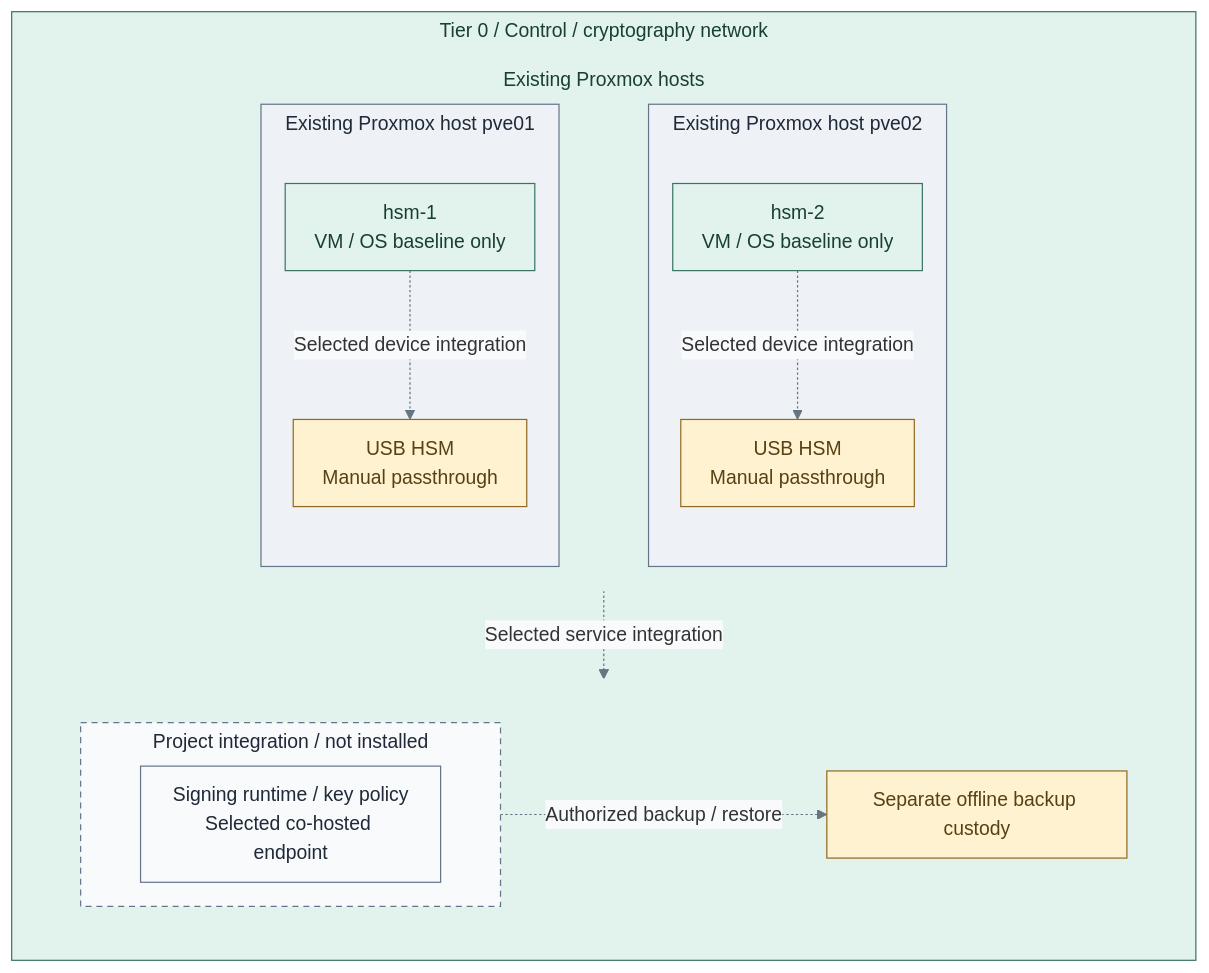
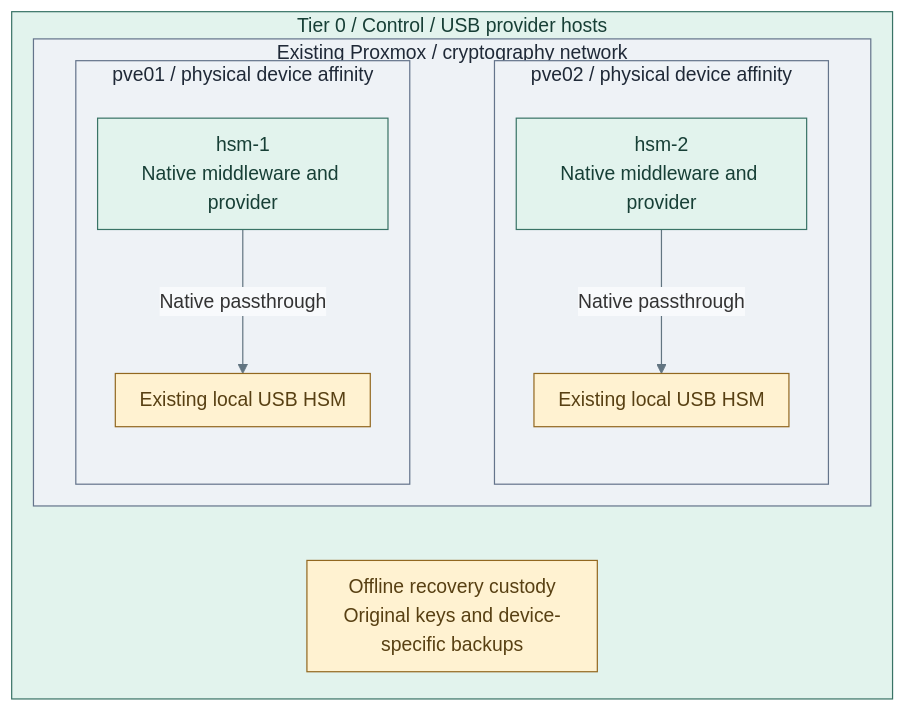
The diagram in docs/03-deployment/stage-3-trust/step-1b-usb-hsm.md (Rexus/homelab), drawn with Mermaid before and after one commit. The commit also changed other lines of this file and 720 other files, not shown here.

````diff
--- a/docs/03-deployment/stage-3-trust/step-1b-usb-hsm.md
+++ b/docs/03-deployment/stage-3-trust/step-1b-usb-hsm.md
@@ -59,44 +24,32 @@
 ```mermaid
-%%{init: {"theme":"base","flowchart":{"nodeSpacing":20,"rankSpacing":24,"padding":12,"subGraphTitleMargin":{"top":4,"bottom":12}},"themeVariables":{"lineColor":"#627581","edgeLabelBackground":"#f8fafc"}}}%%
+%%{init: {"theme":"base","flowchart":{"nodeSpacing":16,"rankSpacing":20,"padding":10},"themeVariables":{"lineColor":"#627581","edgeLabelBackground":"#f8fafc"}}}%%
 flowchart TB
-  subgraph T0["Tier 0 / Control / cryptography network"]
+  subgraph T0["Tier 0 / Control / USB provider hosts"]
     direction TB
-    subgraph Hosts["Existing Proxmox hosts"]
+    subgraph PVE["Existing Proxmox / cryptography network"]
       direction LR
-      subgraph HostA["Existing Proxmox host pve01"]
+      subgraph A["pve01 / physical device affinity"]
         direction TB
-        A["hsm-1<br/>VM / OS baseline only"]
-        USB1["USB HSM<br/>Manual passthrough"]
-        A -. Selected device integration .-> USB1
+        VM1["hsm-1<br/>Native middleware and provider"]
+        Token1["Existing local USB HSM"]
+        VM1 -->|Native passthrough| Token1
       end
-      subgraph HostB["Existing Proxmox host pve02"]
+      subgraph B["pve02 / physical device affinity"]
         direction TB
-        B["hsm-2<br/>VM / OS baseline only"]
-        USB2["USB HSM<br/>Manual passthrough"]
-        B -. Selected device integration .-> USB2
+        VM2["hsm-2<br/>Native middleware and provider"]
+        Token2["Existing local USB HSM"]
+        VM2 -->|Native passthrough| Token2
       end
-      HostA ~~~ HostB
+      A ~~~ B
     end
-    subgraph Added[" "]
-      direction LR
-      subgraph Service["Project integration / not installed"]
-        Endpoint["Signing runtime / key policy<br/>Selected co-hosted endpoint"]
-      end
-      Recovery["Separate offline backup custody"]
-      Service -. Authorized backup / restore .-> Recovery
-    end
-    Hosts -. Selected service integration .-> Added
+    Custody["Offline recovery custody<br/>Original keys and device-specific backups"]
+    PVE ~~~ Custody
   end
   classDef default fill:#f8fafc,stroke:#64748b,color:#1f2937
   classDef control fill:#e2f3ed,stroke:#397366,color:#173f36
-  classDef replicas fill:#f8fafc,stroke:#64748b,color:#1f2937,stroke-dasharray:5 4
-  classDef actor fill:#edf0f3,stroke:#697682,color:#293642
+  classDef boundary fill:#eef2f6,stroke:#64748b,color:#1f2937
   classDef custody fill:#fff2d1,stroke:#926820,color:#584013
-  classDef boundary fill:#eef2f6,stroke:#64748b,color:#1f2937
-  classDef controlHeading fill:#e2f3ed,stroke:#e2f3ed,color:#173f36
-  class T0,A,B control
-  class HostA,HostB boundary
-  class Added,Hosts controlHeading
-  class Service replicas
-  class USB1,USB2,Recovery custody
+  class T0,VM1,VM2 control
+  class PVE,A,B boundary
+  class Token1,Token2,Custody custody
 ```
````
